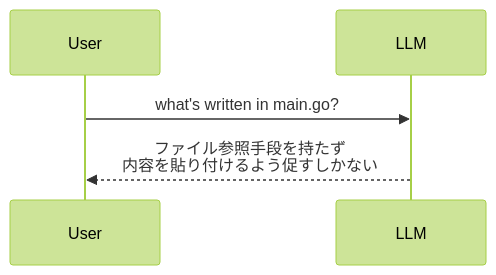
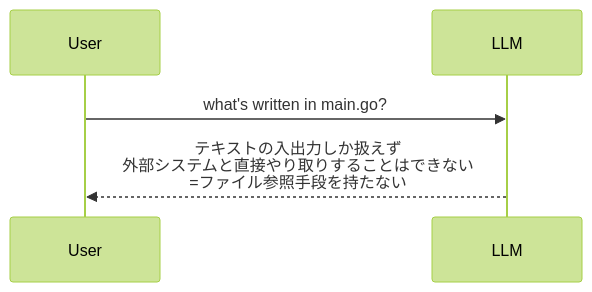
Before and after one commit to RyoNakagami/regmonkey-presentation: the first of 2 diagrams in posts/2026-04-13-claude-code-101/index.qmd, drawn with Mermaid (forest theme). The commit also changed other lines of this file and 9 other files, not shown here.

````diff
--- a/posts/2026-04-13-claude-code-101/index.qmd
+++ b/posts/2026-04-13-claude-code-101/index.qmd
@@ -312,8 +314,8 @@
 ```{mermaid}
 sequenceDiagram
     participant U as User
     participant L as LLM
 
     U->>L: what's written in main.go?
-    L-->>U: ファイル参照手段を持たず<br/>内容を貼り付けるよう促すしかない
+    L-->>U: テキストの入出力しか扱えず<br/>外部システムと直接やり取りすることはできない<br>=ファイル参照手段を持たない
 ```
````
